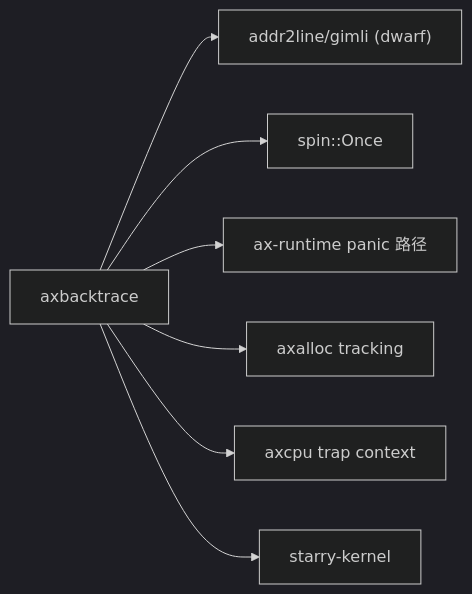
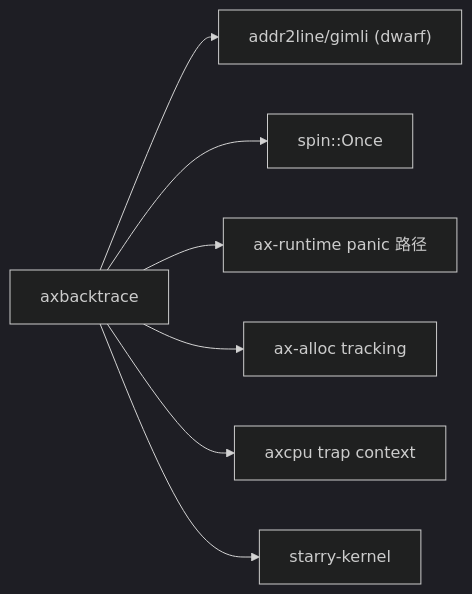
The second of 2 diagrams in docs/crates/axbacktrace.md (zKurisu/tgoskits), drawn with Mermaid (dark theme) before and after one commit. The commit also changed other lines of this file and 75 other files, not shown here.

Commit message:
rename axalloc to ax-alloc

````diff
--- a/docs/crates/axbacktrace.md
+++ b/docs/crates/axbacktrace.md
@@ -77,10 +77,10 @@
 ```mermaid
 graph LR
     axbacktrace["axbacktrace"] --> dwarf["addr2line/gimli (dwarf)"]
     axbacktrace --> spin["spin::Once"]
 
     axbacktrace --> ax-runtime["ax-runtime panic 路径"]
-    axbacktrace --> axalloc["axalloc tracking"]
+    axbacktrace --> ax-alloc["ax-alloc tracking"]
     axbacktrace --> axcpu["axcpu trap context"]
     axbacktrace --> starry_kernel["starry-kernel"]
 ```
````
